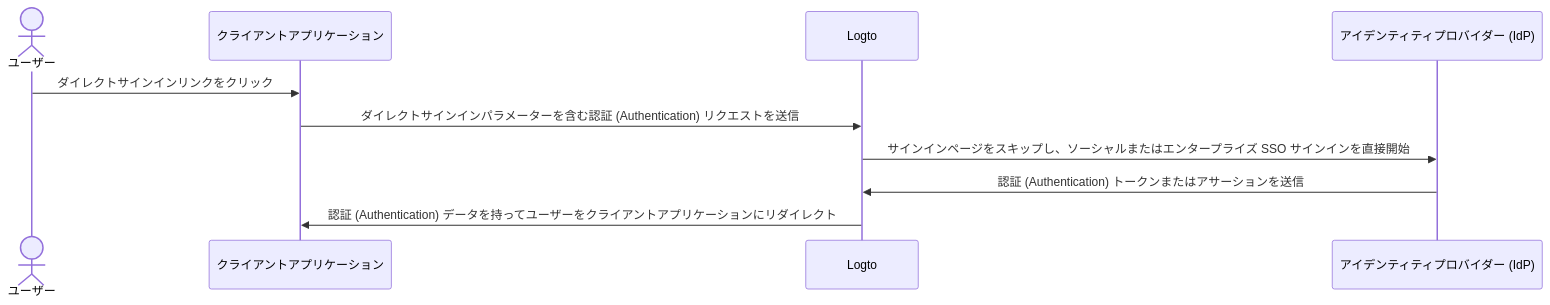
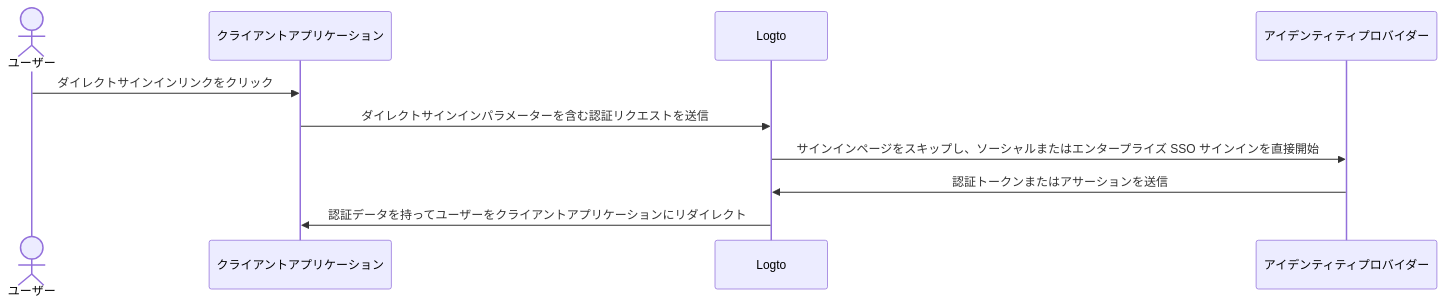
Before and after one commit to logto-io/docs: the diagram in i18n/ja/docusaurus-plugin-content-docs/current/end-user-flows/authentication-parameters/direct-sign-in.mdx, drawn with Mermaid. The commit also changed other lines of this file and 2629 other files, not shown here.

````diff
--- a/i18n/ja/docusaurus-plugin-content-docs/current/end-user-flows/authentication-parameters/direct-sign-in.mdx
+++ b/i18n/ja/docusaurus-plugin-content-docs/current/end-user-flows/authentication-parameters/direct-sign-in.mdx
@@ -11,13 +14,13 @@
 ```mermaid
 sequenceDiagram
     actor user as ユーザー
     participant app as クライアントアプリケーション
     participant logto as Logto
-    participant idp as アイデンティティプロバイダー (IdP)
+    participant idp as アイデンティティプロバイダー
 
     user->>app: ダイレクトサインインリンクをクリック
-    app->>logto: ダイレクトサインインパラメーターを含む認証 (Authentication) リクエストを送信
+    app->>logto: ダイレクトサインインパラメーターを含む認証リクエストを送信
     logto->>idp: サインインページをスキップし、ソーシャルまたはエンタープライズ SSO サインインを直接開始
-    idp->>logto: 認証 (Authentication) トークンまたはアサーションを送信
-    logto->>app: 認証 (Authentication) データを持ってユーザーをクライアントアプリケーションにリダイレクト
+    idp->>logto: 認証トークンまたはアサーションを送信
+    logto->>app: 認証データを持ってユーザーをクライアントアプリケーションにリダイレクト
 ```
````
